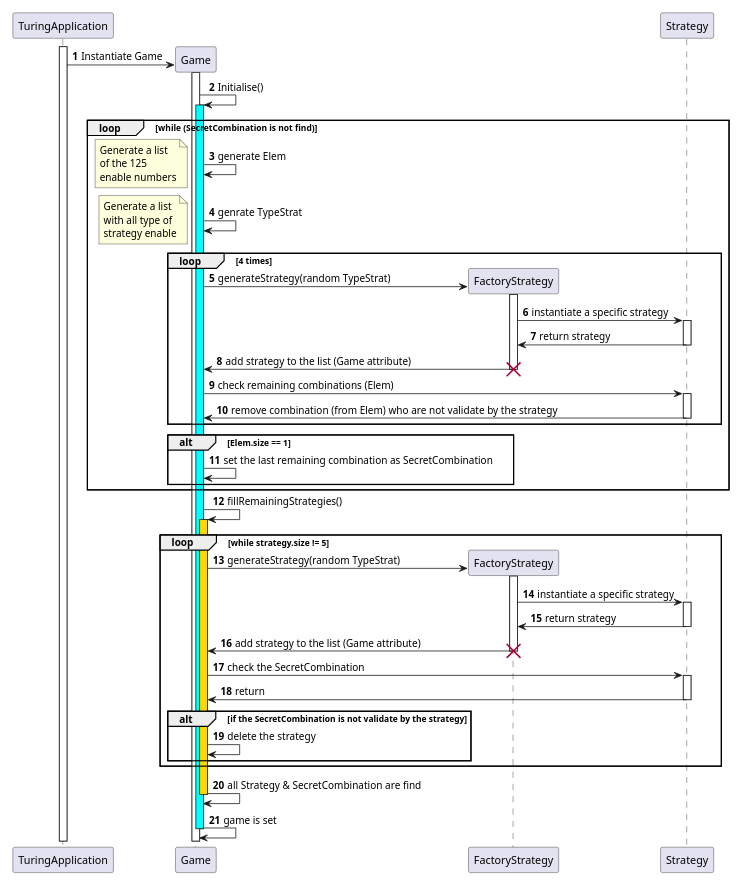
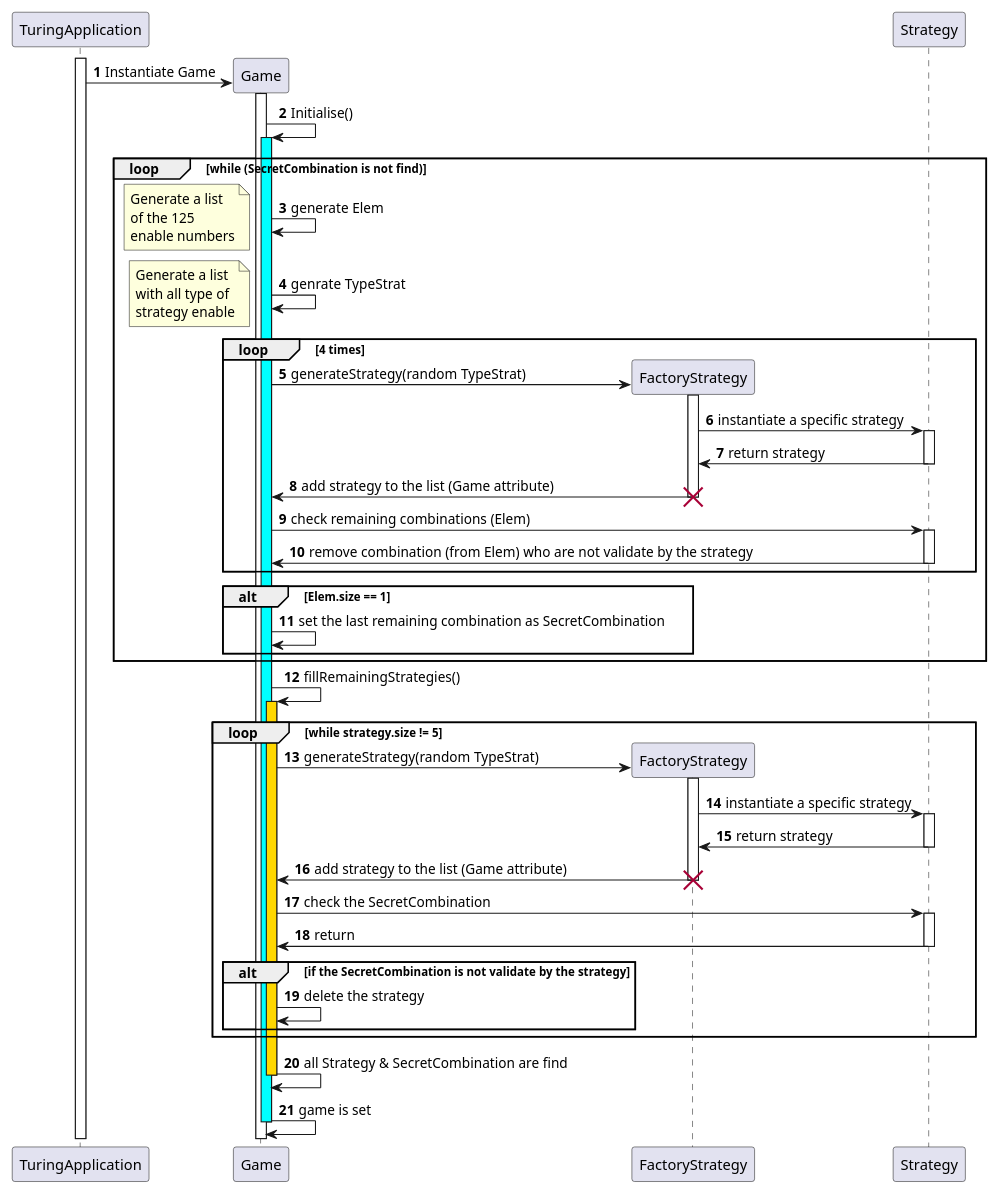
The diagram in Writerside/topics/Initialisation-de-la-partie.md (Earth-Wind-and-Fire/AP4B_Report), drawn with PlantUML before and after one commit. The commit also changed 3 other files, not shown here.

````diff
--- a/Writerside/topics/Initialisation-de-la-partie.md
+++ b/Writerside/topics/Initialisation-de-la-partie.md
@@ -16,7 +16,7 @@
 ```plantuml
 @startuml
 'https://plantuml.com/sequence-diagram
-scale 0.625
+scale 0.85
 autonumber
 
 ' Paritipant
````
